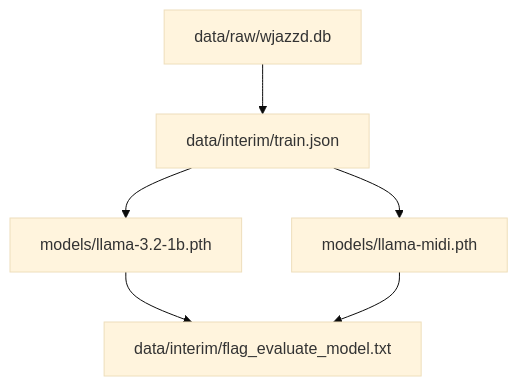
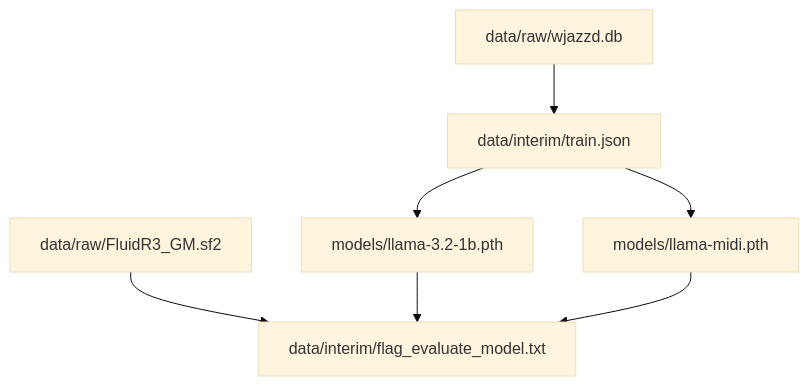
Before and after one commit to u-masao/melody-flow: the second of 2 diagrams in PIPELINE.md, drawn with Mermaid (base theme). The commit also changed other lines of this file, not shown here.

````diff
--- a/PIPELINE.md
+++ b/PIPELINE.md
@@ -21,13 +23,15 @@
 ```mermaid
 flowchart TD
 	node1["data/interim/flag_evaluate_model.txt"]
 	node2["data/interim/train.json"]
-	node3["data/raw/wjazzd.db"]
-	node4["models/llama-3.2-1b.pth"]
-	node5["models/llama-midi.pth"]
-	node2-->node4
+	node3["data/raw/FluidR3_GM.sf2"]
+	node4["data/raw/wjazzd.db"]
+	node5["models/llama-3.2-1b.pth"]
+	node6["models/llama-midi.pth"]
 	node2-->node5
-	node3-->node2
-	node4-->node1
+	node2-->node6
+	node3-->node1
+	node4-->node2
 	node5-->node1
+	node6-->node1
 ```
````
